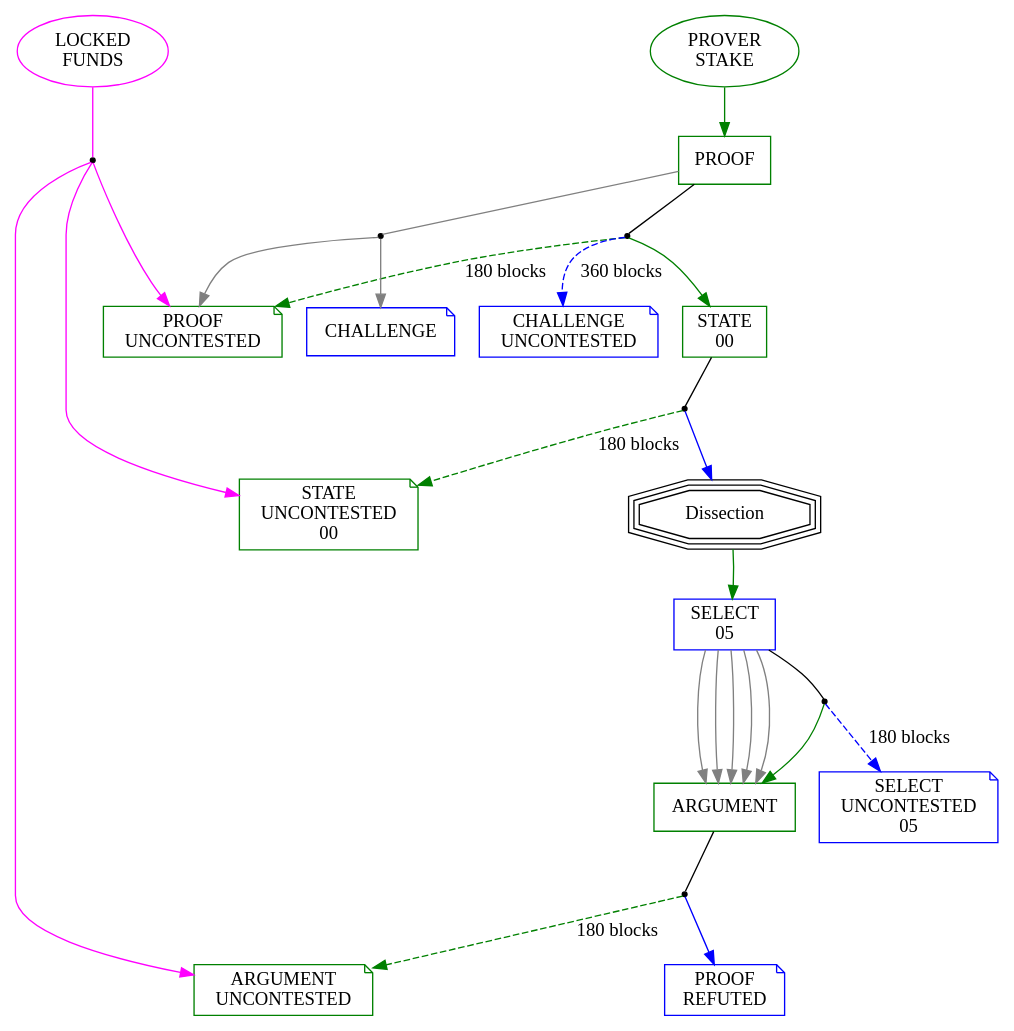
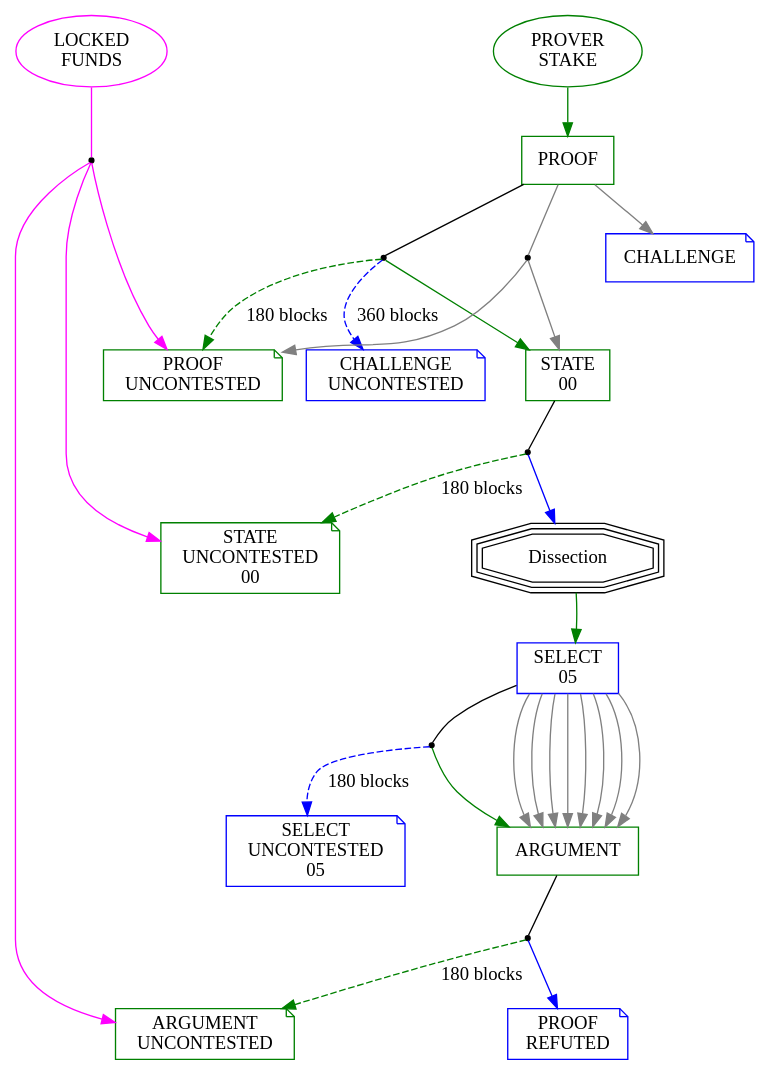
Before and after one commit to bitsnark/bitsnark-lib: the diagram in specs/transactions.collapsed.dot, drawn with Graphviz. The commit also changed 27 other files, not shown here.

```diff
--- a/specs/transactions.collapsed.dot
+++ b/specs/transactions.collapsed.dot
@@ -1,53 +1,57 @@
 digraph BitSnark {
 	LOCKED_FUNDS [shape=oval; color=magenta; label="LOCKED\nFUNDS"]
 	PROVER_STAKE [shape=oval; color=green; label="PROVER\nSTAKE"]
 	PROOF [shape=box; color=green; label="PROOF"]
 	CHALLENGE [shape=note; color=blue; label="CHALLENGE"]
 	PROOF_UNCONTESTED [shape=note; color=green; label="PROOF\nUNCONTESTED"]
 	CHALLENGE_UNCONTESTED [shape=note; color=blue; label="CHALLENGE\nUNCONTESTED"]
 	STATE_00 [shape=box; color=green; label="STATE\n00"]
 	STATE_UNCONTESTED_00 [shape=note; color=green; label="STATE\nUNCONTESTED\n00"]
 	Dissection [shape=tripleoctagon; color=black; label="Dissection"]
 	SELECT_05 [shape=box; color=blue; label="SELECT\n05"]
 	SELECT_UNCONTESTED_05 [shape=note; color=blue; label="SELECT\nUNCONTESTED\n05"]
 	ARGUMENT [shape=box; color=green; label="ARGUMENT"]
 	PROOF_REFUTED [shape=note; color=blue; label="PROOF\nREFUTED"]
 	ARGUMENT_UNCONTESTED [shape=note; color=green; label="ARGUMENT\nUNCONTESTED"]
 	{rank=same; LOCKED_FUNDS; PROVER_STAKE}
 	{rank=same; }
 	PROOF -> STATE_00 -> Dissection -> SELECT_05 -> ARGUMENT -> PROOF_REFUTED [style=invis; weight=30]
 	LOCKED_FUNDS_output_0 [shape=point]
 	LOCKED_FUNDS -> LOCKED_FUNDS_output_0 [color=magenta; arrowhead=none; weight=20]
 	LOCKED_FUNDS_output_0 -> PROOF_UNCONTESTED [color=magenta]
 	LOCKED_FUNDS_output_0 -> STATE_UNCONTESTED_00 [color=magenta]
 	LOCKED_FUNDS_output_0 -> ARGUMENT_UNCONTESTED [color=magenta]
 	PROVER_STAKE -> PROOF [color=green]
 	PROOF_output_0 [shape=point]
 	PROOF -> PROOF_output_0 [arrowhead=none]
 	PROOF_output_0 -> PROOF_UNCONTESTED [color=green; style=dashed; label="180 blocks"]
 	PROOF_output_0 -> CHALLENGE_UNCONTESTED [color=blue; style=dashed; label="360 blocks"]
 	PROOF_output_0 -> STATE_00 [color=green]
 	PROOF_output_1 [shape=point]
 	PROOF -> PROOF_output_1 [color=gray; arrowhead=none]
-	PROOF_output_1 -> CHALLENGE [color=gray]
 	PROOF_output_1 -> PROOF_UNCONTESTED [color=gray]
+	PROOF_output_1 -> STATE_00 [color=gray]
+	PROOF -> CHALLENGE [color=gray]
 	STATE_00_output_0 [shape=point]
 	STATE_00 -> STATE_00_output_0 [arrowhead=none]
 	STATE_00_output_0 -> STATE_UNCONTESTED_00 [color=green; style=dashed; label="180 blocks"]
 	STATE_00_output_0 -> Dissection [color=blue]
 	Dissection -> SELECT_05 [color=green]
 	SELECT_05_output_0 [shape=point]
 	SELECT_05 -> SELECT_05_output_0 [arrowhead=none]
 	SELECT_05_output_0 -> SELECT_UNCONTESTED_05 [color=blue; style=dashed; label="180 blocks"]
 	SELECT_05_output_0 -> ARGUMENT [color=green]
 	SELECT_05 -> ARGUMENT [color=gray]
 	SELECT_05 -> ARGUMENT [color=gray]
 	SELECT_05 -> ARGUMENT [color=gray]
 	SELECT_05 -> ARGUMENT [color=gray]
 	SELECT_05 -> ARGUMENT [color=gray]
+	SELECT_05 -> ARGUMENT [color=gray]
+	SELECT_05 -> ARGUMENT [color=gray]
+	SELECT_05 -> ARGUMENT [color=gray]
 	ARGUMENT_output_0 [shape=point]
 	ARGUMENT -> ARGUMENT_output_0 [arrowhead=none]
 	ARGUMENT_output_0 -> PROOF_REFUTED [color=blue]
 	ARGUMENT_output_0 -> ARGUMENT_UNCONTESTED [color=green; style=dashed; label="180 blocks"]
 	LOCKED_FUNDS -> PROOF_UNCONTESTED [style=invis]
 }
```
